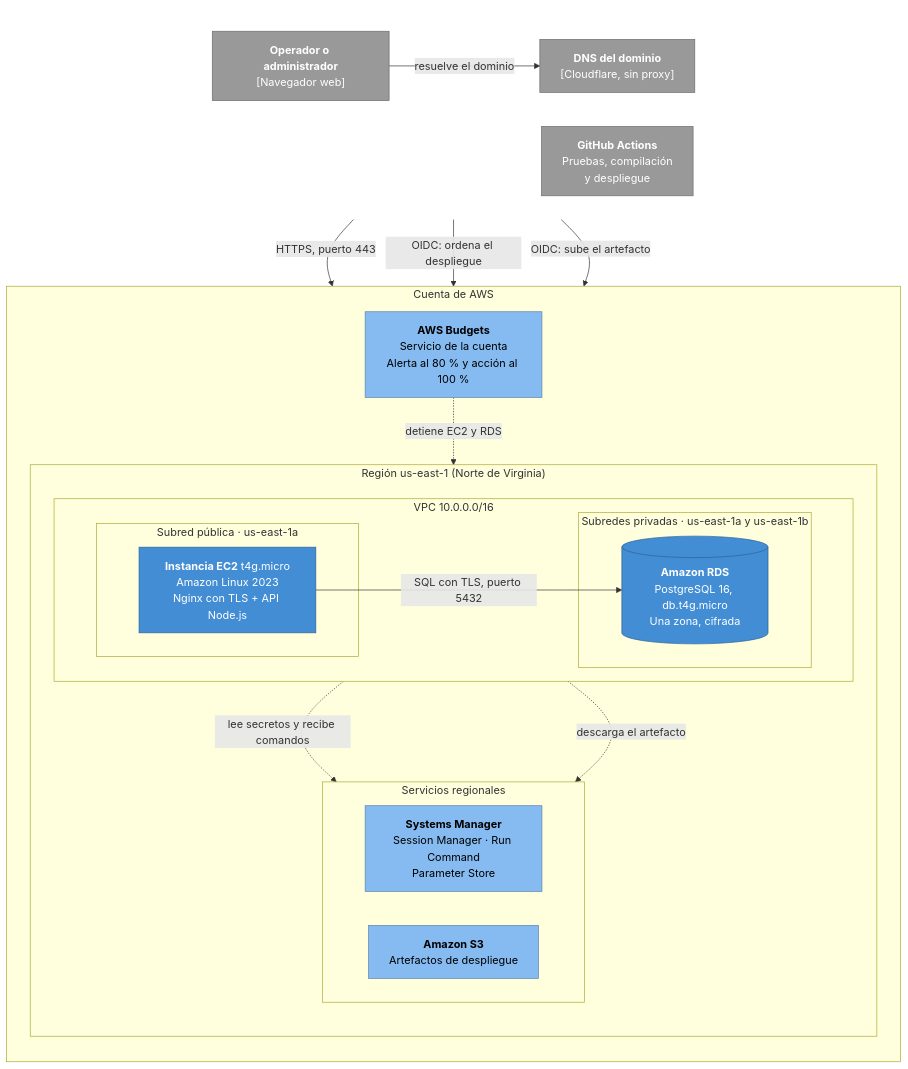
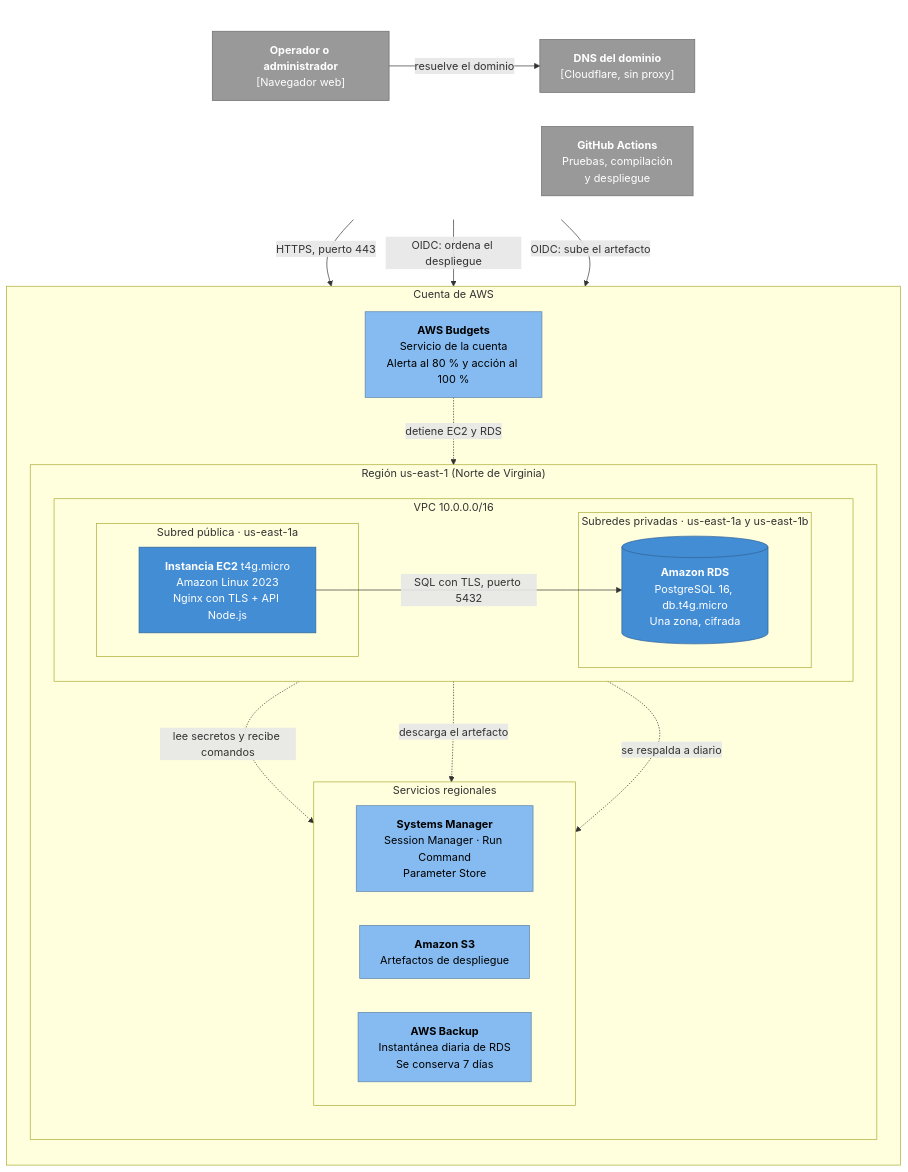
Before and after one commit to wrafael91/parkapp: the fifth of 5 diagrams in docs/arquitectura.md, drawn with Mermaid. The commit also changed other lines of this file and 2 other files, not shown here.

First line of the commit message:
docs: add ADR 0009 for daily backups with AWS Backup (#70)

````diff
--- a/docs/arquitectura.md
+++ b/docs/arquitectura.md
@@ -235,48 +235,50 @@
 ```mermaid
 flowchart TB
     subgraph fuera[" "]
         direction LR
         usuario["<b>Operador o administrador</b><br/>[Navegador web]"]
         dns["<b>DNS del dominio</b><br/>[Cloudflare, sin proxy]"]
         gh["<b>GitHub Actions</b><br/>Pruebas, compilación<br/>y despliegue"]
     end
 
         subgraph aws["Cuenta de AWS"]
         direction TB
         budgets["<b>AWS Budgets</b><br/>Servicio de la cuenta<br/>Alerta al 80 % y acción al 100 %"]
         subgraph region["Región us-east-1 (Norte de Virginia)"]
             direction TB
             subgraph vpc["VPC 10.0.0.0/16"]
                 direction LR
                 subgraph pub["Subred pública · us-east-1a"]
                     ec2["<b>Instancia EC2</b> t4g.micro<br/>Amazon Linux 2023<br/>Nginx con TLS + API Node.js"]
                 end
                 subgraph priv["Subredes privadas · us-east-1a y us-east-1b"]
                     rds[("<b>Amazon RDS</b><br/>PostgreSQL 16, db.t4g.micro<br/>Una zona, cifrada")]
                 end
             end
             subgraph regionales["Servicios regionales"]
                 direction LR
                 ssm["<b>Systems Manager</b><br/>Session Manager · Run Command<br/>Parameter Store"]
                 s3["<b>Amazon S3</b><br/>Artefactos de despliegue"]
+                backup["<b>AWS Backup</b><br/>Instantánea diaria de RDS<br/>Se conserva 7 días"]
             end
         end
     end
 
     usuario -- "resuelve el dominio" --> dns
     usuario -- "HTTPS, puerto 443" --> ec2
     ec2 -- "SQL con TLS, puerto 5432" --> rds
     ec2 -. "lee secretos y recibe comandos" .-> ssm
     ec2 -. "descarga el artefacto" .-> s3
     gh -- "OIDC: ordena el despliegue" --> ssm
     gh -- "OIDC: sube el artefacto" --> s3
     budgets -. "detiene EC2 y RDS" .-> ec2
+    rds -. "se respalda a diario" .-> backup
 
     classDef ext fill:#999999,stroke:#6b6b6b,color:#ffffff
     classDef comp fill:#438dd5,stroke:#2e6295,color:#ffffff
     classDef svc fill:#85bbf0,stroke:#5d82a8,color:#000000
     class usuario,dns,gh ext
     class ec2,rds comp
-    class ssm,s3,budgets svc
+    class ssm,s3,budgets,backup svc
     style fuera fill:none,stroke:none
 ```
````
